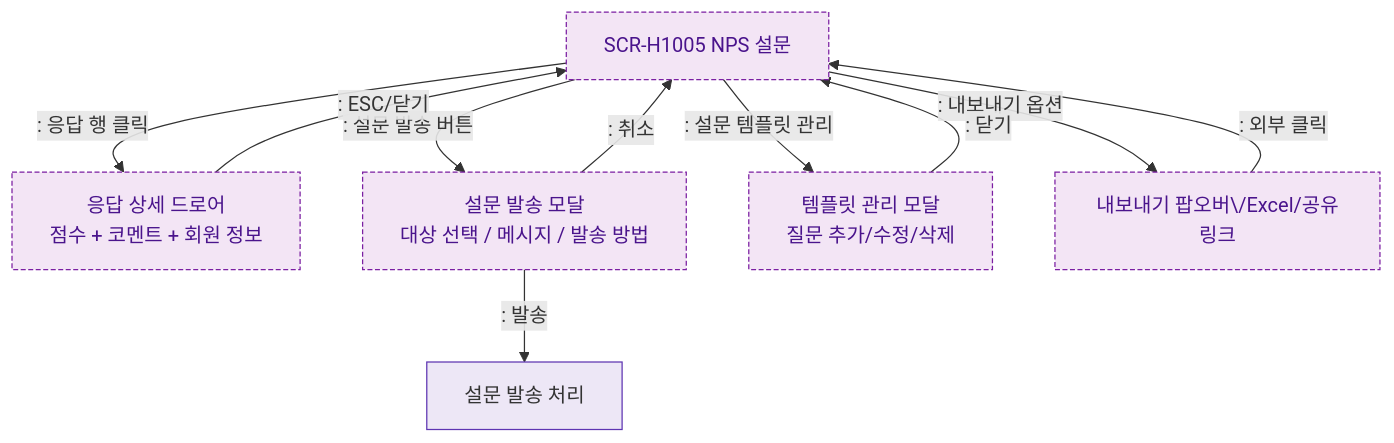
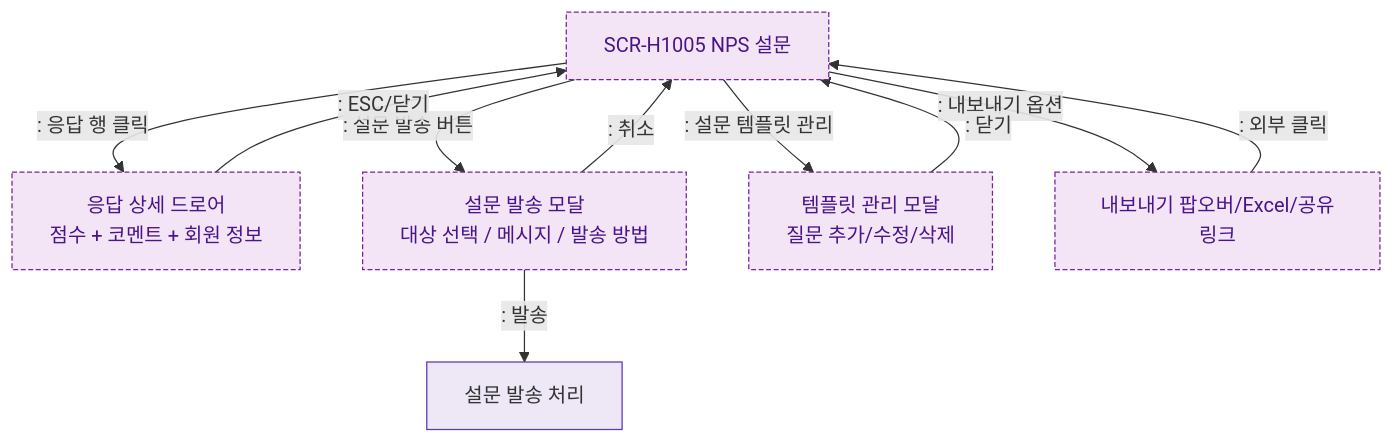
Before and after one commit to dev-spogym/admin-pando: the diagram in docs/admin/다이어그램/D10_본사관리/SCR-H1005_NPS설문/F5_모달트리거.md, drawn with Mermaid. The commit also changed 369 other files, not shown here.

````diff
--- a/docs/admin/다이어그램/D10_본사관리/SCR-H1005_NPS설문/F5_모달트리거.md
+++ b/docs/admin/다이어그램/D10_본사관리/SCR-H1005_NPS설문/F5_모달트리거.md
@@ -12,22 +12,22 @@
 ```mermaid
 flowchart TD
     SCR104[SCR-H1005 NPS 설문]
 
     SCR104 -->|": 응답 행 클릭"|DrawerResponse[응답 상세 드로어\n점수 + 코멘트 + 회원 정보]
     SCR104 -->|": 설문 발송 버튼"|ModalSend[설문 발송 모달\n대상 선택 / 메시지 / 발송 방법]
     SCR104 -->|": 설문 템플릿 관리"|ModalTemplate[템플릿 관리 모달\n질문 추가/수정/삭제]
-    SCR104 -->|": 내보내기 옵션"|PopoverExport[내보내기 팝오버\/Excel/공유링크]
+    SCR104 -->|": 내보내기 옵션"|PopoverExport[내보내기 팝오버/Excel/공유링크]
 
     DrawerResponse -->|": ESC/닫기"|SCR104
     ModalSend -->|": 취소"|SCR104
     ModalSend -->|": 발송"|SendAction[설문 발송 처리]
     ModalTemplate -->|": 닫기"|SCR104
     PopoverExport -->|": 외부 클릭"|SCR104
 
     classDef screen fill:#E3F2FD,stroke:#1976D2,color:#0D47A1
     classDef newFeature fill:#F3E5F5,stroke:#7B1FA2,color:#4A148C,stroke-dasharray:4 2
     classDef system fill:#EDE7F6,stroke:#5E35B2
     class SCR104 newFeature
     class DrawerResponse,ModalSend,ModalTemplate,PopoverExport newFeature
     class SendAction system
 ```
````
